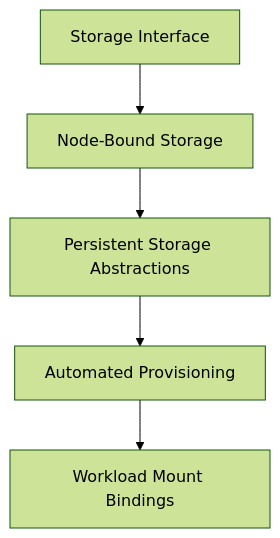
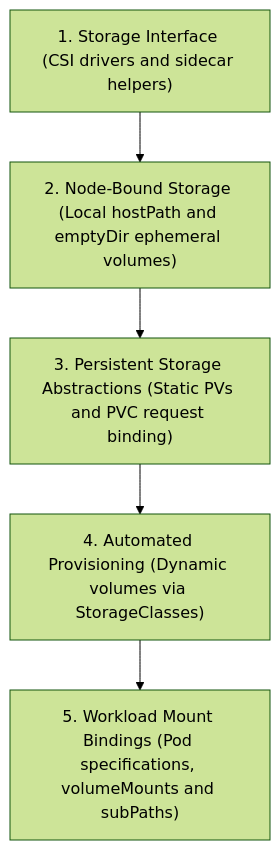
The first of 2 diagrams in Reference Notes/09_storage_mechanics_and_csi.md (kmashour/BrainDump), drawn with Mermaid (forest theme) before and after one commit. The commit also changed 15 other files, not shown here.

Commit message:
docs: restore detailed informative mermaid diagrams replacing ampersands with 'and'

````diff
--- a/Reference Notes/09_storage_mechanics_and_csi.md
+++ b/Reference Notes/09_storage_mechanics_and_csi.md
@@ -11,7 +11,7 @@
 ```mermaid
 graph TD
-    A["Storage Interface"] --> B["Node-Bound Storage"]
-    B --> C["Persistent Storage Abstractions"]
-    C --> D["Automated Provisioning"]
-    D --> E["Workload Mount Bindings"]
+    A["1. Storage Interface (CSI drivers and sidecar helpers)"] --> B["2. Node-Bound Storage (Local hostPath and emptyDir ephemeral volumes)"]
+    B --> C["3. Persistent Storage Abstractions (Static PVs and PVC request binding)"]
+    C --> D["4. Automated Provisioning (Dynamic volumes via StorageClasses)"]
+    D --> E["5. Workload Mount Bindings (Pod specifications, volumeMounts and subPaths)"]
 ```
````
